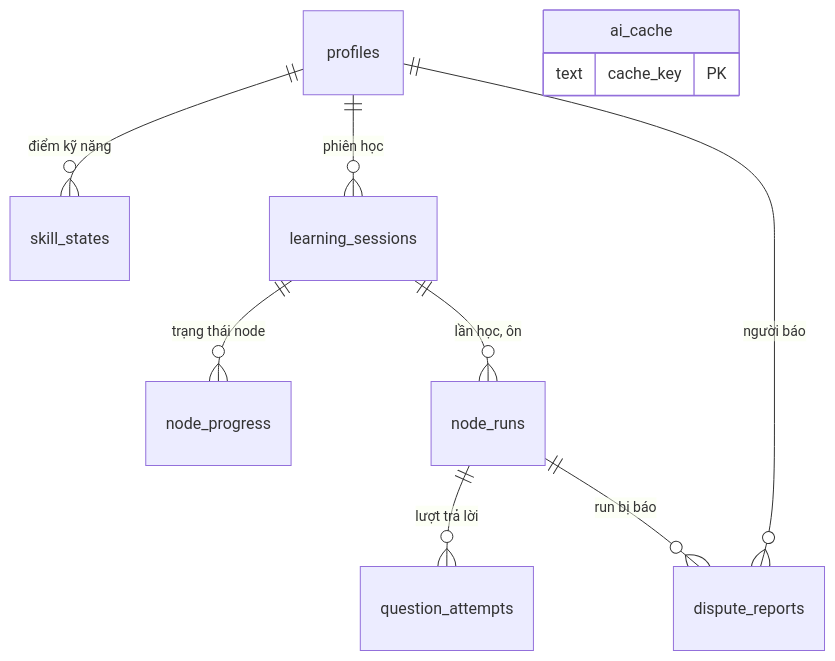
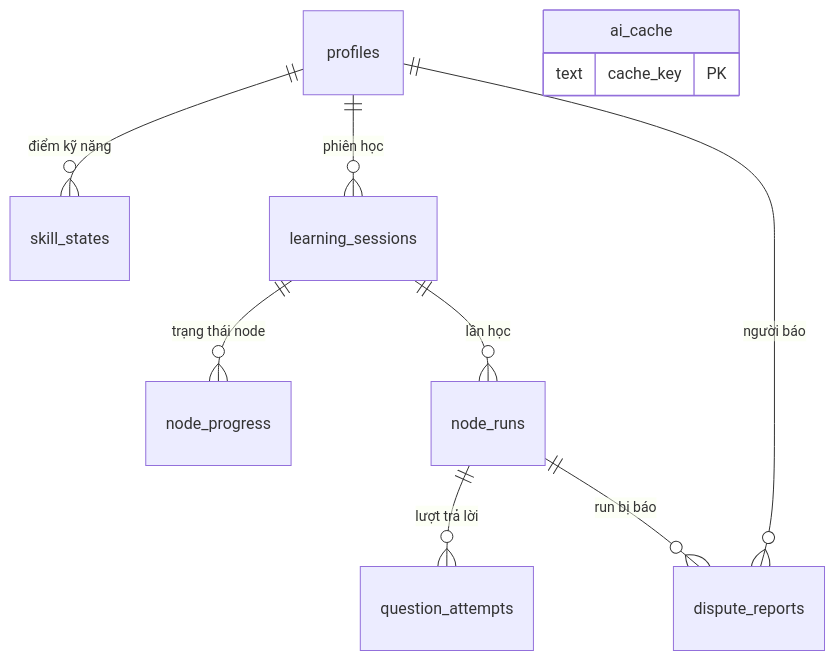
The second of 3 diagrams in spec/03_API_VA_LUU_TRU.md (huynhthanhnhannnh-pixel/Hackathon_SGU), drawn with Mermaid before and after one commit. The commit also changed other lines of this file and 5 other files, not shown here.

````diff
--- a/spec/03_API_VA_LUU_TRU.md
+++ b/spec/03_API_VA_LUU_TRU.md
@@ -100,13 +98,13 @@
 ```mermaid
 erDiagram
   profiles ||--o{ skill_states : "điểm kỹ năng"
   profiles ||--o{ learning_sessions : "phiên học"
   learning_sessions ||--o{ node_progress : "trạng thái node"
-  learning_sessions ||--o{ node_runs : "lần học, ôn"
+  learning_sessions ||--o{ node_runs : "lần học"
   node_runs ||--o{ question_attempts : "lượt trả lời"
   profiles ||--o{ dispute_reports : "người báo"
   node_runs ||--o{ dispute_reports : "run bị báo"
   ai_cache {
     text cache_key PK
   }
 ```
````
